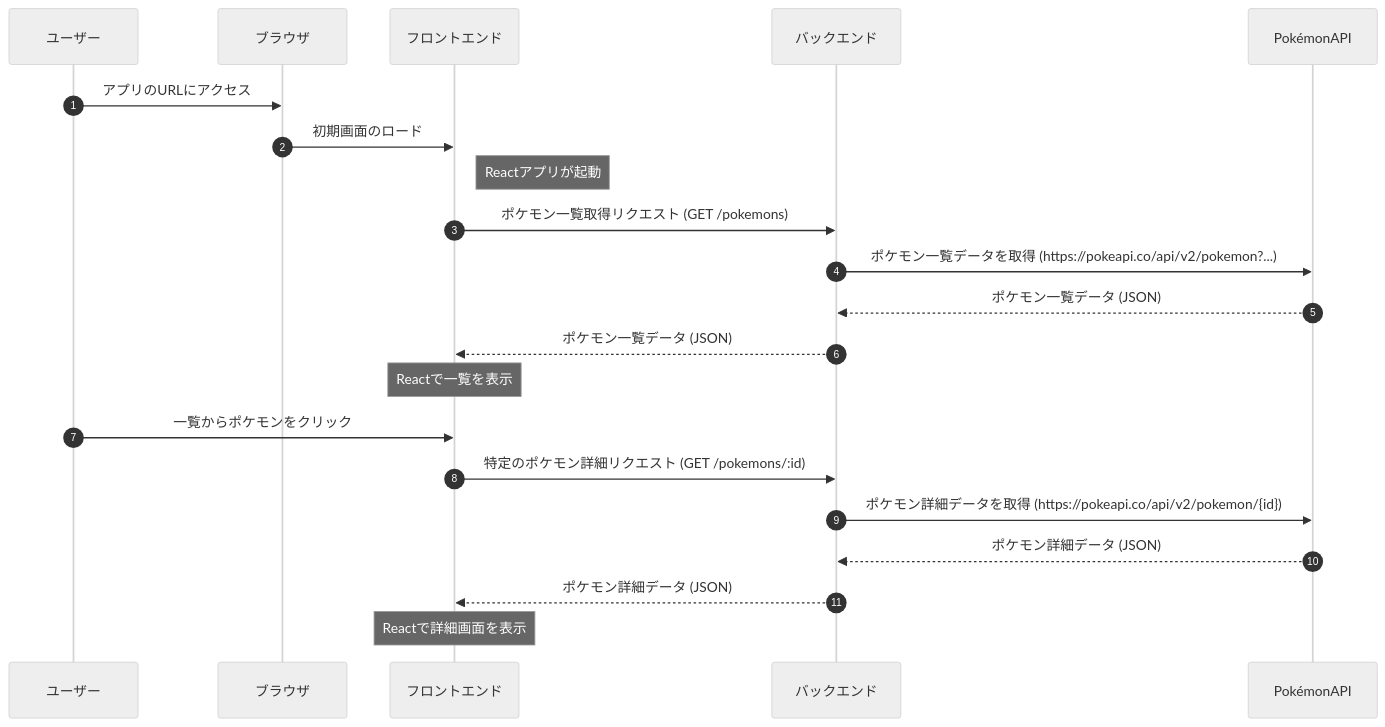
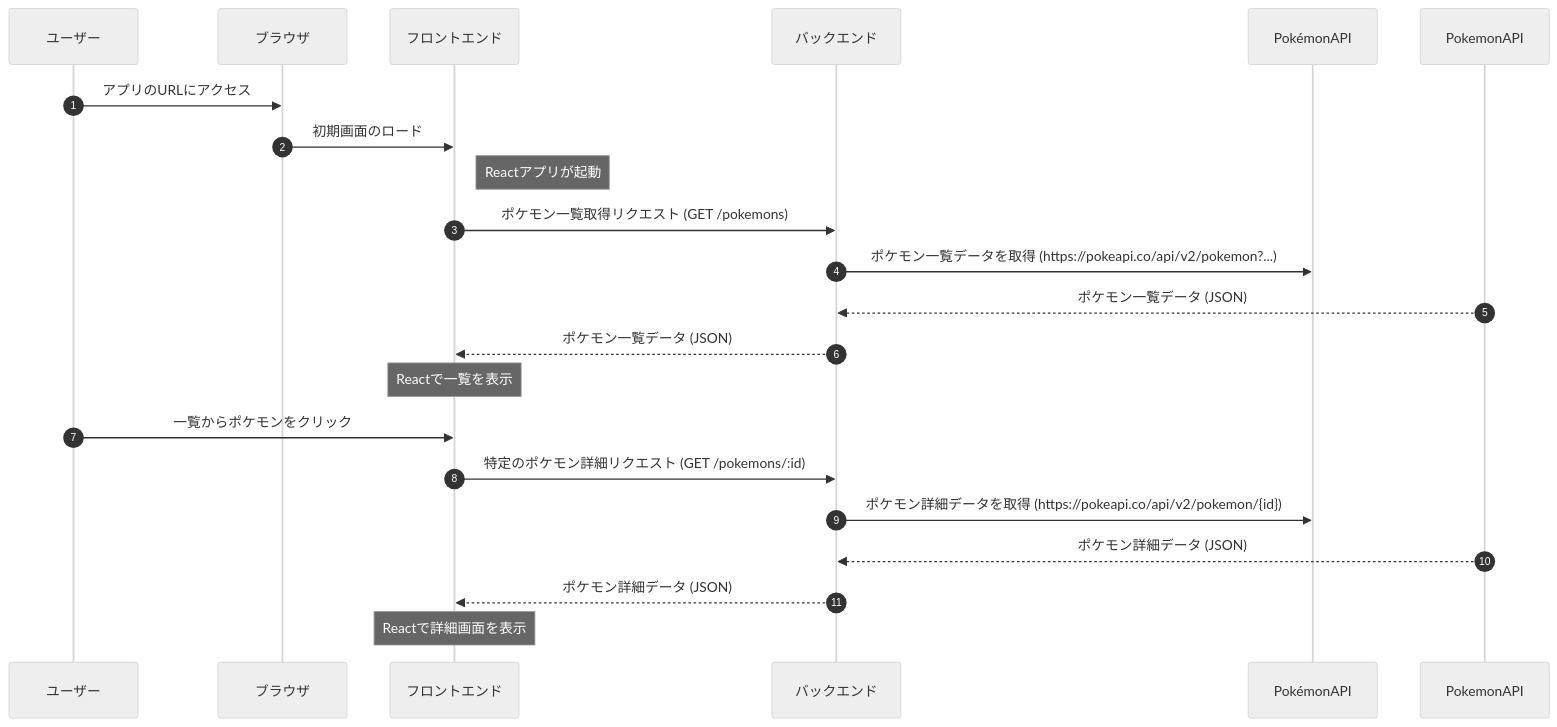
The diagram in README.md (BackendExplorer/Pokemon-Viewer-Golang), drawn with Mermaid (neutral theme) before and after one commit.

````diff
--- a/README.md
+++ b/README.md
@@ -132,32 +132,32 @@
 ```mermaid
 
 sequenceDiagram
     autonumber
 
     participant ユーザー
     participant ブラウザ
     participant フロントエンド
     participant バックエンド
     participant PokémonAPI
 
     ユーザー->>ブラウザ: アプリのURLにアクセス
     ブラウザ->>フロントエンド: 初期画面のロード
     note right of フロントエンド: Reactアプリが起動
 
     フロントエンド->>バックエンド: ポケモン一覧取得リクエスト (GET /pokemons)
     バックエンド->>PokémonAPI: ポケモン一覧データを取得 (https://pokeapi.co/api/v2/pokemon?...)
-    PokémonAPI-->>バックエンド: ポケモン一覧データ (JSON)
+    PokemonAPI-->>バックエンド: ポケモン一覧データ (JSON)
     バックエンド-->>フロントエンド: ポケモン一覧データ (JSON)
 
     note over フロントエンド: Reactで一覧を表示
 
     ユーザー->>フロントエンド: 一覧からポケモンをクリック
     フロントエンド->>バックエンド: 特定のポケモン詳細リクエスト (GET /pokemons/:id)
     バックエンド->>PokémonAPI: ポケモン詳細データを取得 (https://pokeapi.co/api/v2/pokemon/{id})
-    PokémonAPI-->>バックエンド: ポケモン詳細データ (JSON)
+    PokemonAPI-->>バックエンド: ポケモン詳細データ (JSON)
     バックエンド-->>フロントエンド: ポケモン詳細データ (JSON)
 
     note over フロントエンド: Reactで詳細画面を表示
 
 
 ```
````
